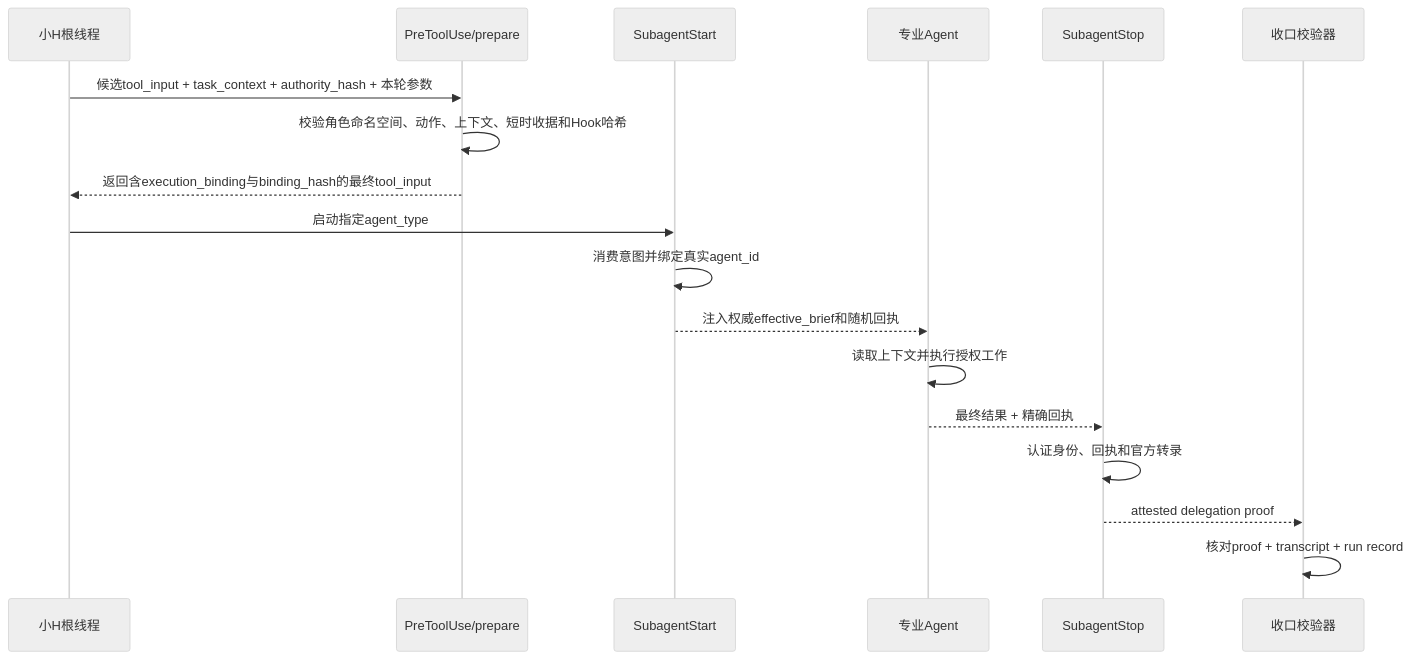
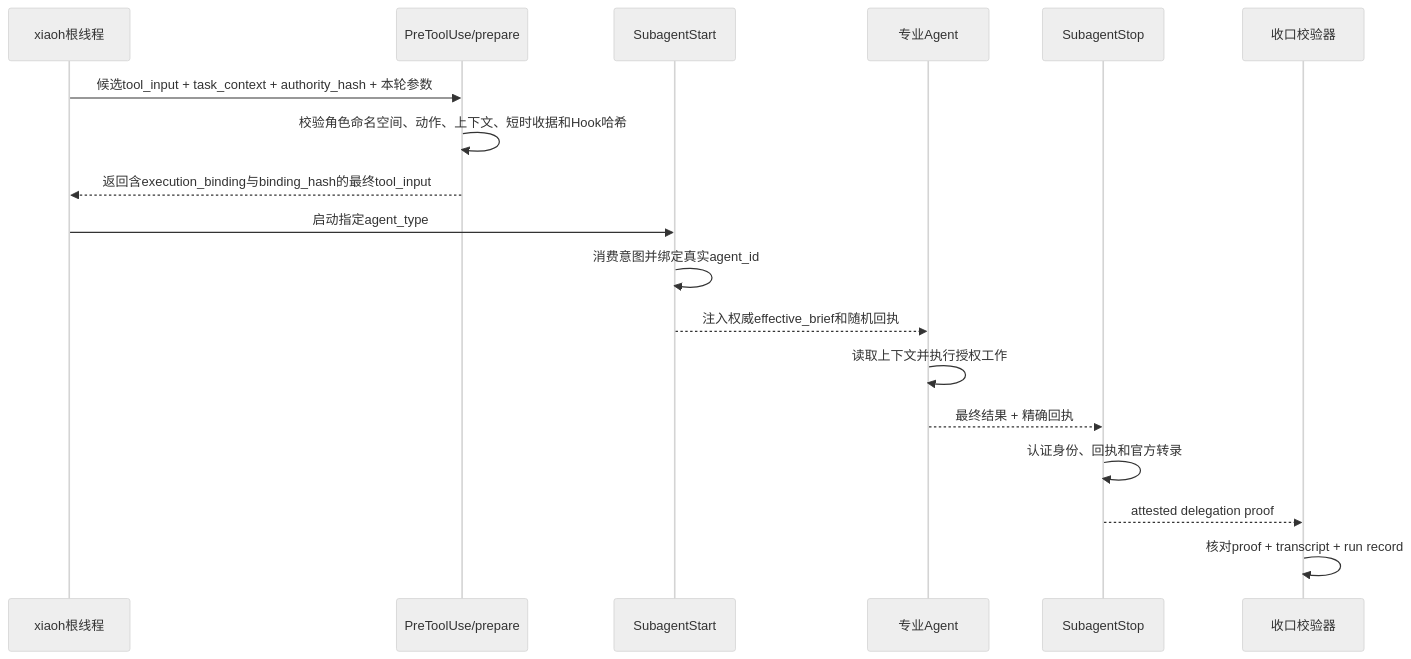
One commit to winnnnnnk/littleH changed the third of 4 diagrams in docs/implementation-design.md. Above: the diagram before and after it, drawn with Mermaid (neutral theme). The commit also changed other lines of this file and 56 other files, not shown here.

````diff
--- a/docs/implementation-design.md
+++ b/docs/implementation-design.md
@@ -348,21 +348,21 @@
 ```mermaid
 sequenceDiagram
-    participant R as 小H根线程
+    participant R as xiaoh根线程
     participant P as PreToolUse/prepare
     participant S as SubagentStart
     participant A as 专业Agent
     participant X as SubagentStop
     participant V as 收口校验器
 
     R->>P: 候选tool_input + task_context + authority_hash + 本轮参数
     P->>P: 校验角色命名空间、动作、上下文、短时收据和Hook哈希
     P-->>R: 返回含execution_binding与binding_hash的最终tool_input
     R->>S: 启动指定agent_type
     S->>S: 消费意图并绑定真实agent_id
     S-->>A: 注入权威effective_brief和随机回执
     A->>A: 读取上下文并执行授权工作
     A-->>X: 最终结果 + 精确回执
     X->>X: 认证身份、回执和官方转录
     X-->>V: attested delegation proof
     V->>V: 核对proof + transcript + run record
 ```
````
